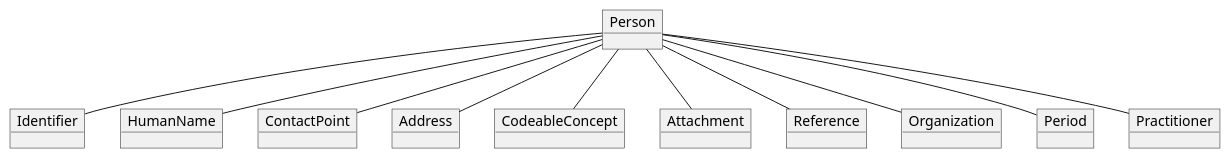
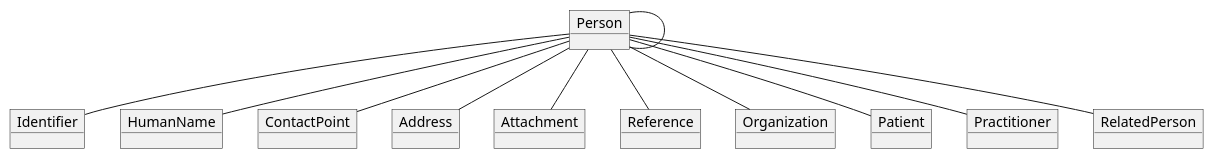
One commit to omahoito/rfc changed the diagram in profiles/DRAFTS/Person.plantuml. Above: the diagram before and after it, drawn with PlantUML.

```diff
--- a/profiles/DRAFTS/Person.plantuml
+++ b/profiles/DRAFTS/Person.plantuml
@@ -1,25 +1,26 @@
 @startuml
 object  Person
 
 object Identifier
 object HumanName
 object ContactPoint
 object Address
-object CodeableConcept
 object Attachment
 object Reference
 object Organization
-object Period
+object Patient
 object Practitioner
+object RelatedPerson
 
 Person -- Identifier
 Person -- HumanName
 Person -- ContactPoint
 Person -- Address
-Person -- CodeableConcept
 Person -- Attachment
 Person -- Reference
 Person -- Organization
-Person -- Period
+Person -- Patient
 Person -- Practitioner
+Person -- RelatedPerson
+Person -- Person
 @enduml
```
